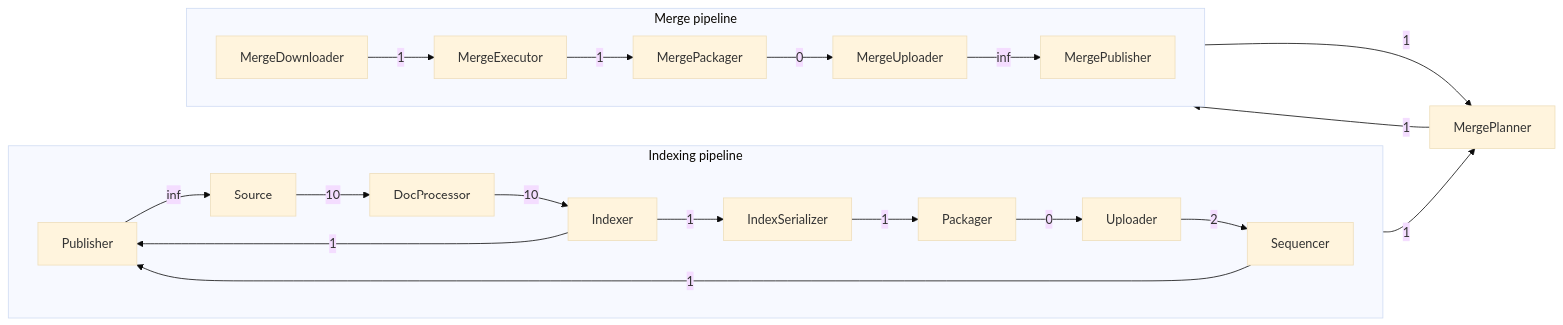
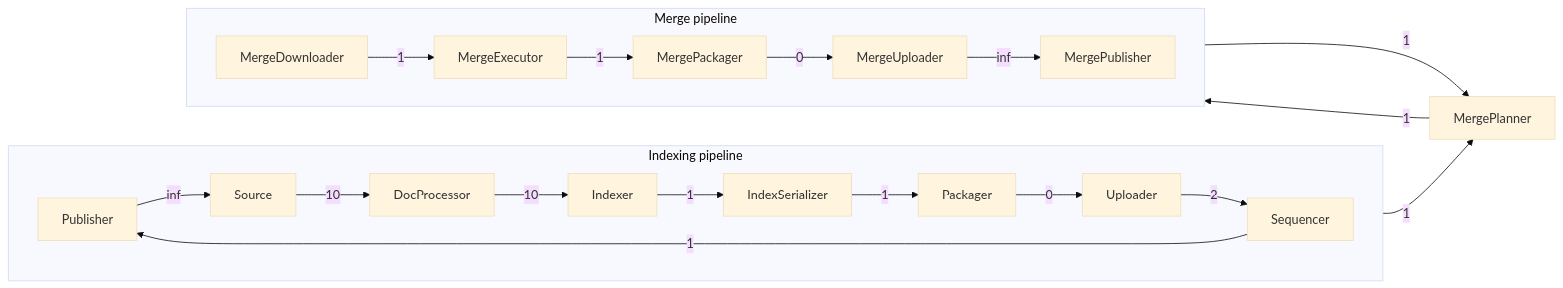
The diagram in quickwit/quickwit-indexing/README.md (quickwit-oss/quickwit), drawn with Mermaid (base theme) before and after one commit. The commit also changed 9 other files, not shown here.

````diff
--- a/quickwit/quickwit-indexing/README.md
+++ b/quickwit/quickwit-indexing/README.md
@@ -1,25 +1,24 @@
 ```mermaid
 flowchart LR
     subgraph Indexing pipeline
         direction LR
         publisher --inf--> source
         source[Source] --10--> doc_processor
         doc_processor[DocProcessor] --10--> indexer
         indexer[Indexer] --1--> serializer
         serializer[IndexSerializer] --1--> packager
         packager[Packager] --0--> uploader
         uploader[Uploader] --2--> sequencer
         sequencer[Sequencer] --1--> publisher
-        indexer[Indexer] --1--> publisher
     end
     subgraph Merge pipeline
         direction LR
         merge_downloader[MergeDownloader] --1--> merge_executor
         merge_executor[MergeExecutor] --1--> merge_packager
         merge_packager[MergePackager] --0--> merge_uploader
         merge_uploader[MergeUploader] --inf--> merge_publisher
     end
     merge_planner[MergePlanner] --1--> merge_downloader
     merge_publisher[MergePublisher] --1--> merge_planner
     publisher[Publisher] --1--> merge_planner
 ```
````
